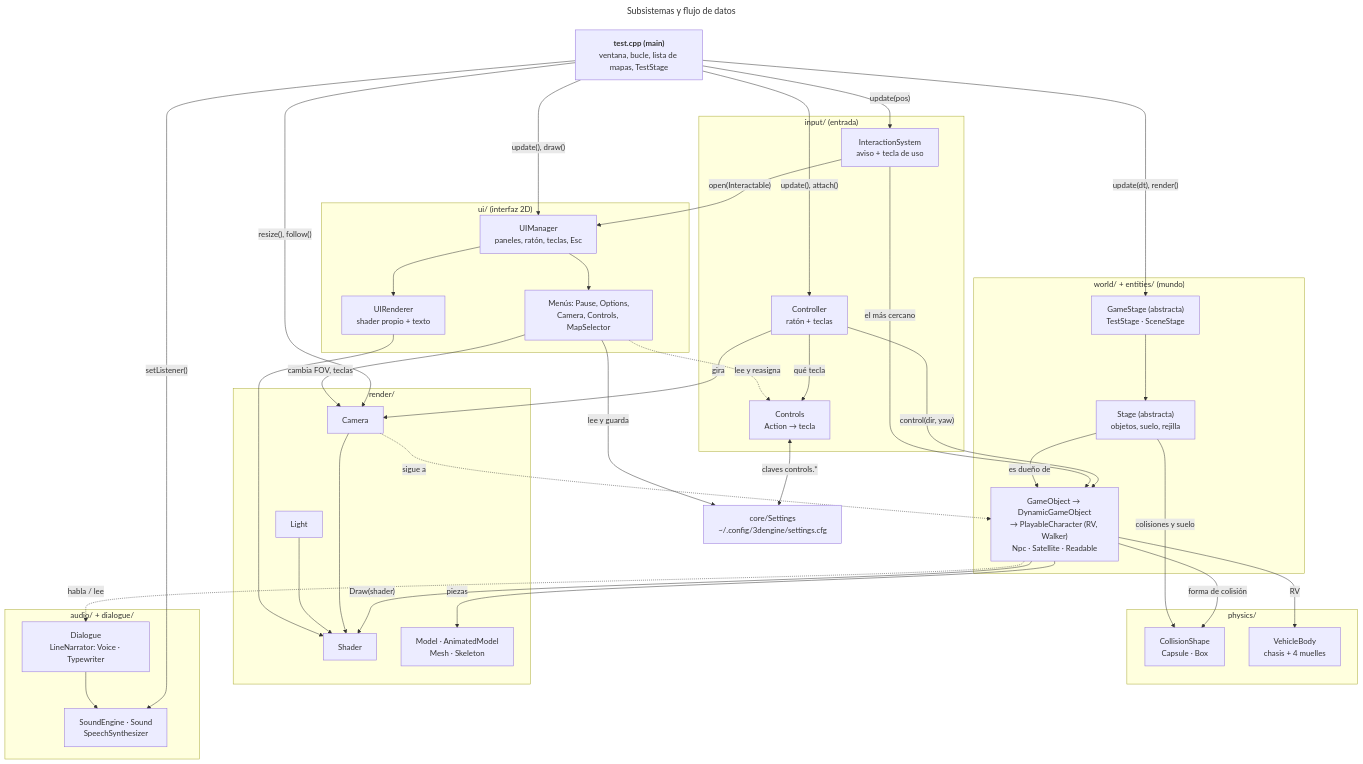
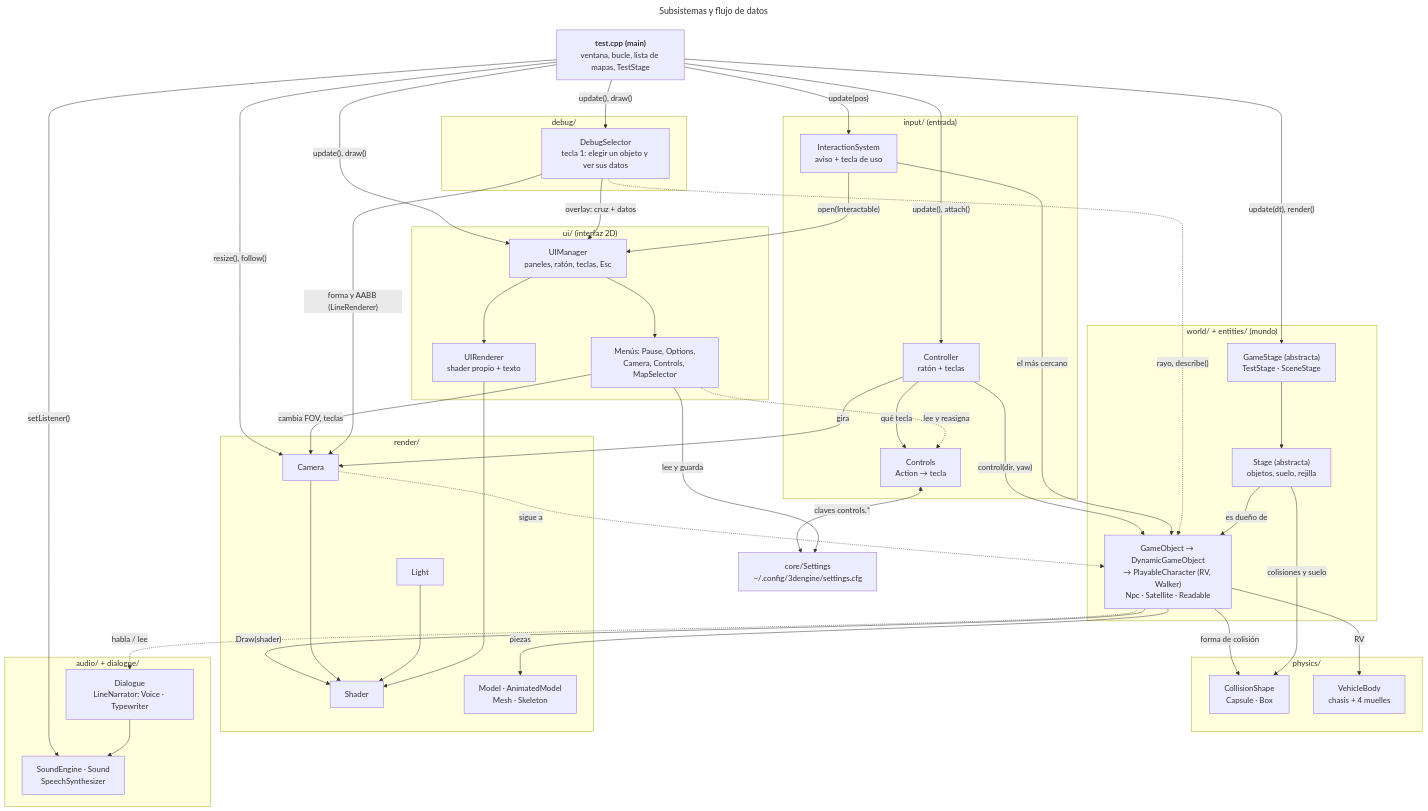
One commit to Joselitus/3Dengine changed the first of 11 diagrams in docs/UML.md. Above: the diagram before and after it, drawn with Mermaid. The commit also changed other lines of this file and 34 other files, not shown here.

```diff
--- a/docs/UML.md
+++ b/docs/UML.md
@@ -93,12 +93,17 @@
 
     Settings["core/Settings<br/>~/.config/3dengine/settings.cfg"]
 
+    subgraph depuracion ["debug/"]
+        DebugSelector["DebugSelector<br/>tecla 1: elegir un objeto y ver sus datos"]
+    end
+
     main -->|"update(), attach()"| Controller
     main -->|"update(), draw()"| UIManager
     main -->|"update(pos)"| InteractionSystem
     main -->|"update(dt), render()"| GameStage
     main -->|"resize(), follow()"| Camera
     main -->|"setListener()"| Sound
+    main -->|"update(), draw()"| DebugSelector
 
     Controller -->|"control(dir, yaw)"| Objetos
     Controller -->|"gira"| Camera
@@ -112,6 +117,9 @@
     InteractionSystem -->|"el más cercano"| Objetos
     UIManager --> UIRenderer
     UIManager --> Menus
+    DebugSelector -->|"overlay: cruz + datos"| UIManager
+    DebugSelector -.->|"rayo, describe()"| Objetos
+    DebugSelector -->|"forma y AABB (LineRenderer)"| Camera
 
     GameStage --> Stage
     Stage -->|"es dueño de"| Objetos
```
